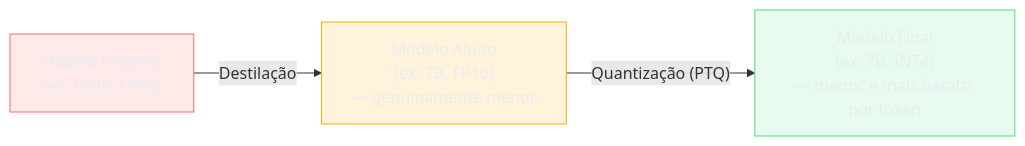
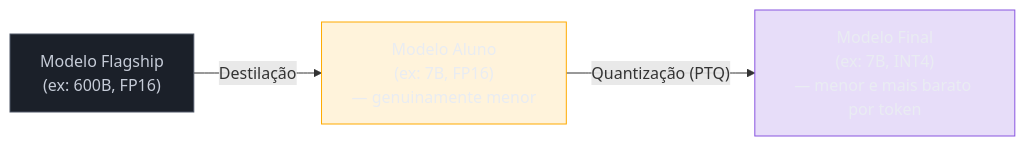
Before and after one commit to josenaldo/codex-technomanticus: the fourth of 4 diagrams in 03-Dominios/Tecnologia/IA/Anatomia dos LLMs/20 - Compressão de modelos — quantização e destilação.md, drawn with Mermaid. The commit also changed other lines of this file and 601 other files, not shown here.

````diff
--- a/03-Dominios/Tecnologia/IA/Anatomia dos LLMs/20 - Compressão de modelos — quantização e destilação.md
+++ b/03-Dominios/Tecnologia/IA/Anatomia dos LLMs/20 - Compressão de modelos — quantização e destilação.md
@@ -151,11 +151,11 @@
 ```mermaid
 graph LR
-    classDef falha fill:#FF6B6B24,stroke:#FF6B6B,color:#E9ECF2
+    classDef marca fill:#8855DF33,stroke:#8855DF,color:#E9ECF2
+    classDef neutro fill:#1B2029,stroke:#4E5666,color:#C6CCD8
     classDef destaque fill:#FFAA0024,stroke:#FFAA00,color:#E9ECF2
-    classDef ok fill:#4ADE8021,stroke:#4ADE80,color:#E9ECF2
     A["Modelo Flagship\n(ex: 600B, FP16)"] -->|"Destilação"| B["Modelo Aluno\n(ex: 7B, FP16)\n— genuinamente menor"]
     B -->|"Quantização (PTQ)"| C["Modelo Final\n(ex: 7B, INT4)\n— menor e mais barato por token"]
-    class A falha
+    class A neutro
     class B destaque
-    class C ok
+    class C marca
 ```
````
